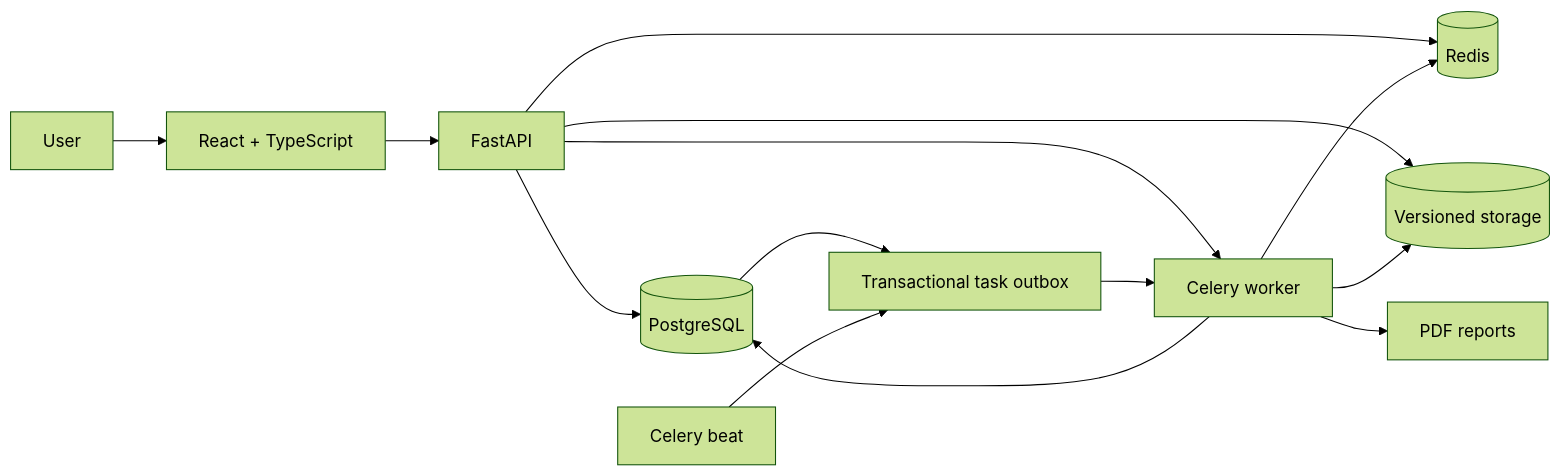
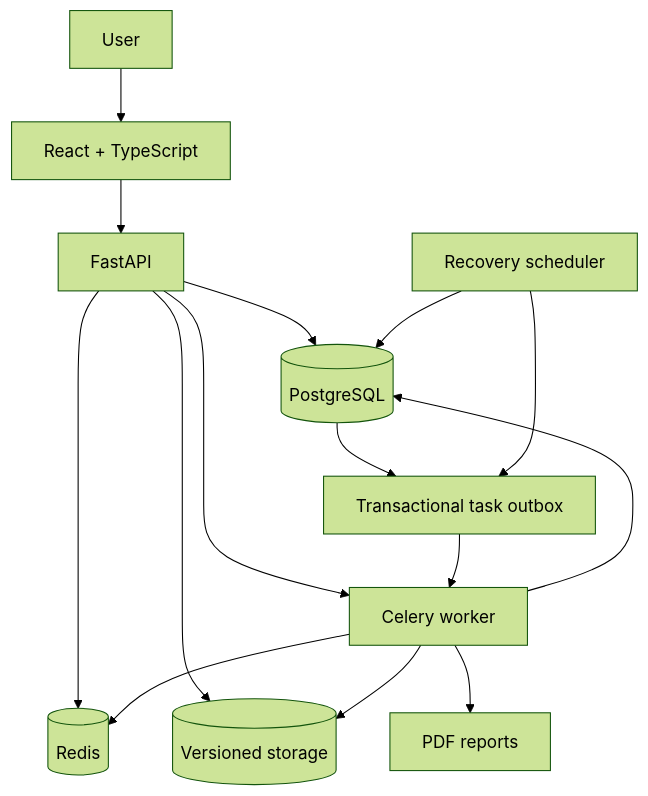
Before and after one commit to MauricioTaguchi/data-analytics-platform: the first of 2 diagrams in docs/ARCHITECTURE.md, drawn with Mermaid (forest theme). The commit also changed other lines of this file and 63 other files, not shown here.

````diff
--- a/docs/ARCHITECTURE.md
+++ b/docs/ARCHITECTURE.md
@@ -5,16 +5,17 @@
 ```mermaid
-flowchart LR
+flowchart TD
     U["User"] --> W["React + TypeScript"]
     W --> A["FastAPI"]
     A --> P[("PostgreSQL")]
     P --> O["Transactional task outbox"]
     A --> R[("Redis")]
     A --> F[("Versioned storage")]
     A --> C["Celery worker"]
-    B["Celery beat"] --> O
+    B["Recovery scheduler"] --> O
+    B --> P
     O --> C
     C --> P
     C --> R
     C --> F
     C --> PDF["PDF reports"]
 ```
````
